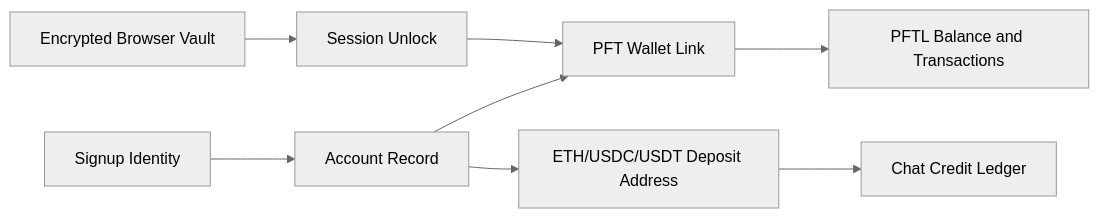
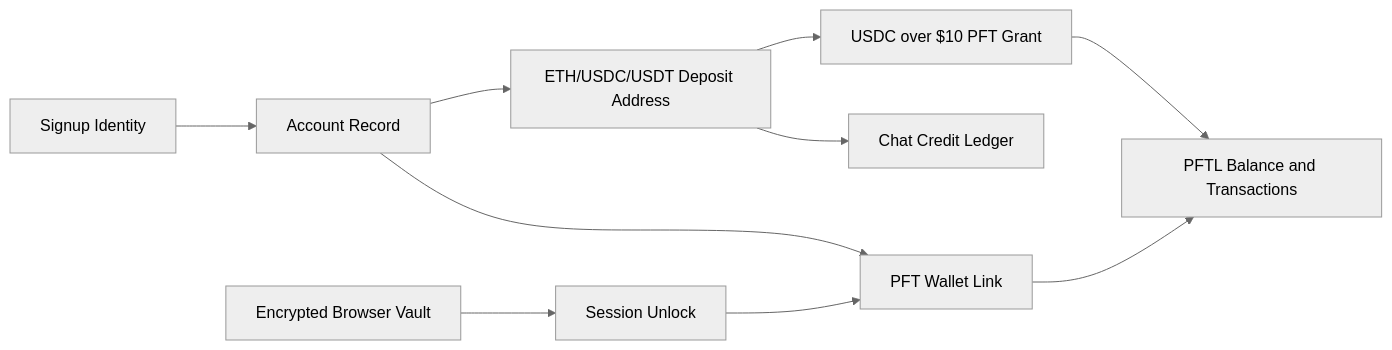
One commit to postfiatorg/tasknode changed the diagram in docs/wiki/surfaces/wallet.md. Above: the diagram before and after it, drawn with Mermaid (neutral theme). The commit also changed other lines of this file and 19 other files, not shown here.

First line of the commit message:
Fix USDC top-up PFT grant delivery, wallet UX, and duplicate prevention.

````diff
--- a/docs/wiki/surfaces/wallet.md
+++ b/docs/wiki/surfaces/wallet.md
@@ -57,10 +58,12 @@
 ```mermaid
 flowchart LR
   Login[Signup Identity] --> Account[Account Record]
   Account --> Linked[PFT Wallet Link]
   Browser[Encrypted Browser Vault] --> Unlock[Session Unlock]
   Unlock --> Linked
   Linked --> PFTL[PFTL Balance and Transactions]
   Account --> TopUp[ETH/USDC/USDT Deposit Address]
   TopUp --> Billing[Chat Credit Ledger]
+  TopUp --> Grant[USDC over $10 PFT Grant]
+  Grant --> PFTL
 ```
````
